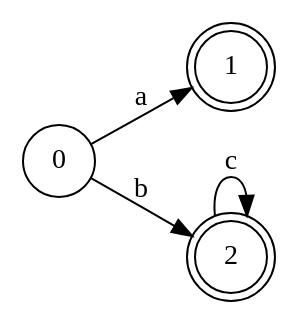
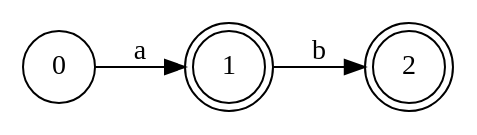
Before and after one commit to Yanis540/M2: the diagram in dfa.dot, drawn with Graphviz. The commit also changed 4 other files, not shown here.

```diff
--- a/dfa.dot
+++ b/dfa.dot
@@ -1,9 +1,8 @@
 digraph DFA {
   rankdir=LR;
   node [shape = circle];
+  0 -> 1 [label="a"];
   1 [shape = doublecircle];
+  1 -> 2 [label="b"];
   2 [shape = doublecircle];
-  2 -> 2 [label="c"];
-  0 -> 1 [label="a"];
-  0 -> 2 [label="b"];
 }
```
